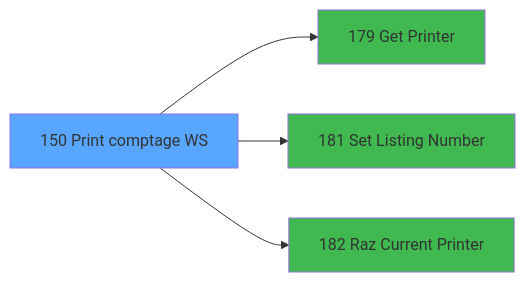
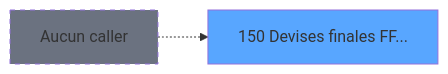
Before and after one commit to thonyAGP/magic-migration: the second of 3 diagrams in .openspec/specs/ADH-IDE-150.md, drawn with Mermaid. The commit also changed other lines of this file and 311 other files, not shown here.

````diff
--- a/.openspec/specs/ADH-IDE-150.md
+++ b/.openspec/specs/ADH-IDE-150.md
@@ -491,14 +151,8 @@
 ```mermaid
 graph LR
-    T150[150 Print comptage WS]
+    T150[150 Devises finales FF...]
     style T150 fill:#58a6ff
-    C179[179 Get Printer]
-    T150 --> C179
-    style C179 fill:#3fb950
-    C181[181 Set Listing Number]
-    T150 --> C181
-    style C181 fill:#3fb950
-    C182[182 Raz Current Printer]
-    T150 --> C182
-    style C182 fill:#3fb950
+    NONE[Aucun caller]
+    NONE -.-> T150
+    style NONE fill:#6b7280,stroke-dasharray: 5 5
 ```
````
